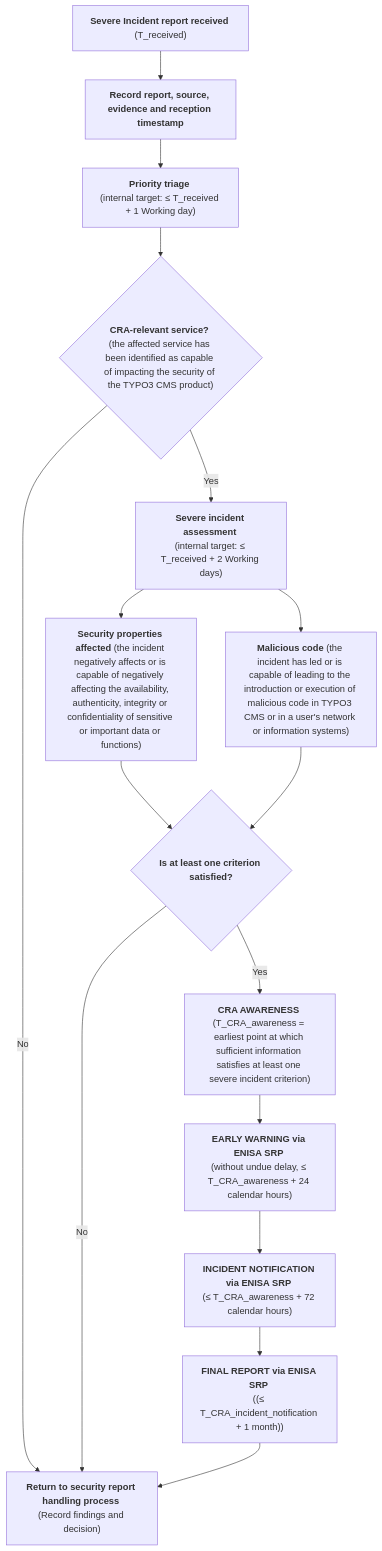
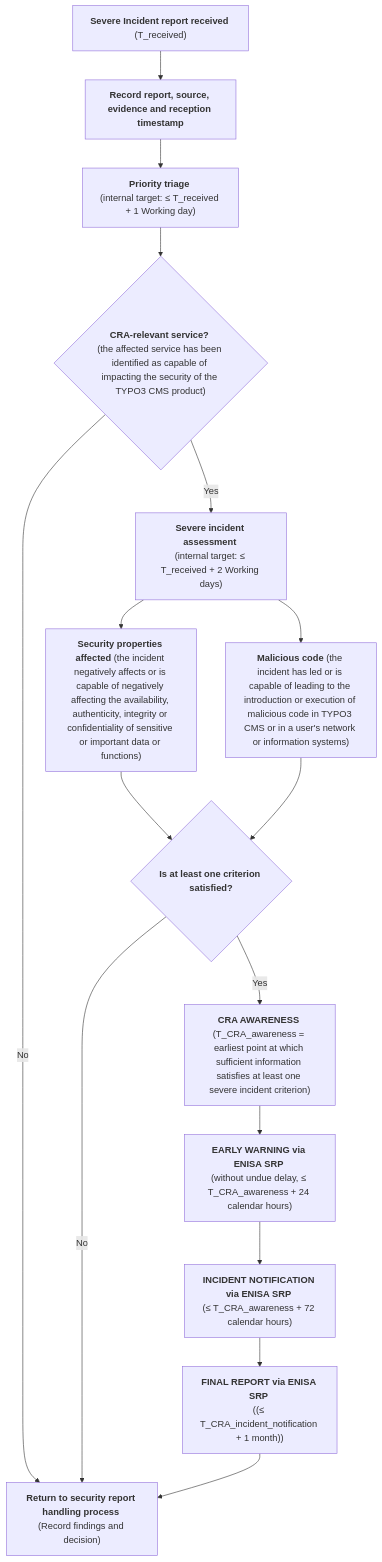
One commit to rfoucard/cra-fast-track changed the diagram in templates/severe-incident-process.md. Above: the diagram before and after it, drawn with Mermaid.

````diff
--- a/templates/severe-incident-process.md
+++ b/templates/severe-incident-process.md
@@ -15,32 +15,32 @@
 ```mermaid
 flowchart TD
 
     A["<strong>Severe&nbsp;Incident&nbsp;report&nbsp;received</strong> \n(T_received)"] --> B["<strong>Record&nbsp;report,&nbsp;source, evidence and reception timestamp</strong>"]
 
     B --> C["<strong>Priority triage</strong> \n(internal&nbsp;target:&nbsp;≤&nbsp;T_received + 1 Working day)"]
 
-    C --> D{"<strong>CRA-relevant service?</strong> (the affected service has been identified as capable of impacting the security of the TYPO3 CMS product)"}
+    C --> D{"<strong>CRA-relevant service?</strong> (the&nbsp;affected&nbsp;service&nbsp;has&nbsp;been identified as capable of impacting the security of the TYPO3 CMS product)"}
 
     D -- "No" --> X["<strong>Return to security report handling process</strong> \n(Record findings and decision)"]
 
     D -- "Yes" --> E["<strong>Severe incident assessment</strong> \n(internal target: ≤ T_received + 2 Working days)"]
 
     E --> F["<strong>Security properties affected</strong> (the incident negatively affects or is capable of negatively affecting the availability, authenticity, integrity or confidentiality of sensitive or important data or functions)"]
 
     E --> G["<strong>Malicious code</strong> (the incident has led or is capable of leading to the introduction or execution of malicious code in TYPO3 CMS or in a user's network or information systems)"]
 
     F --> J{"<strong>Is at least one criterion satisfied?</strong>"}
     G --> J
 
     J -- "No" --> X
     J -- "Yes" --> L["<strong>CRA AWARENESS</strong> \n(T_CRA_awareness = earliest point at which sufficient information satisfies at least one severe incident criterion)"]
 
     L --> M["<strong>EARLY WARNING via ENISA SRP</strong> \n(without undue delay, ≤ T_CRA_awareness + 24 calendar hours)"]
 
     M --> N["<strong>INCIDENT NOTIFICATION via ENISA SRP</strong> \n(≤ T_CRA_awareness + 72 calendar hours)"]
 
     N --> O["<strong>FINAL REPORT via ENISA SRP</strong> \n((≤ T_CRA_incident_notification + 1 month))"]
 
     O --> X
 
 ```
````
